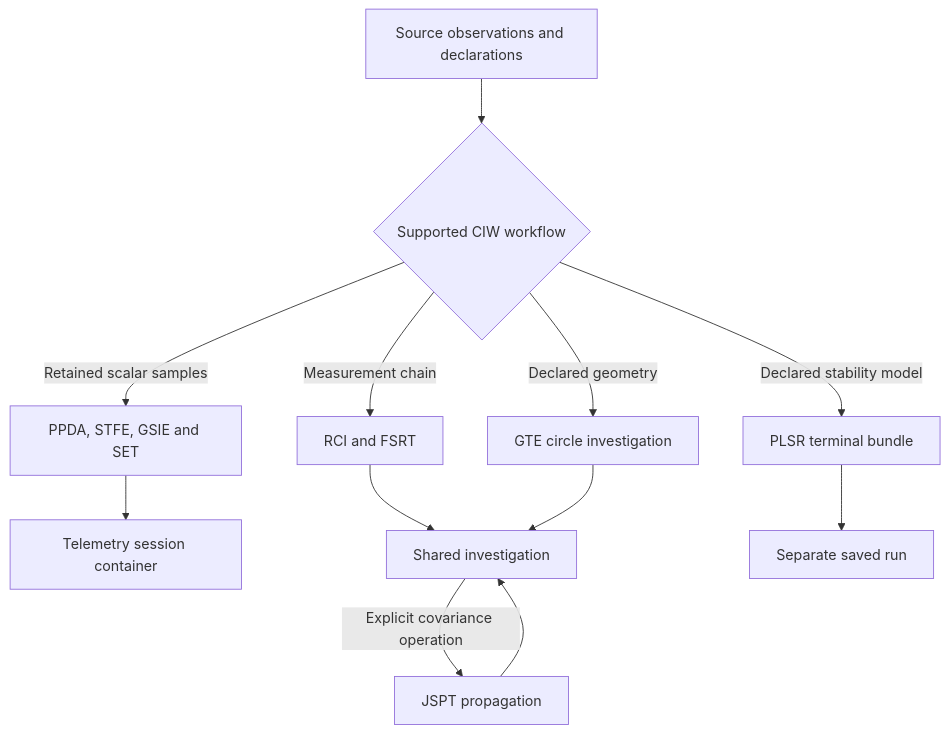
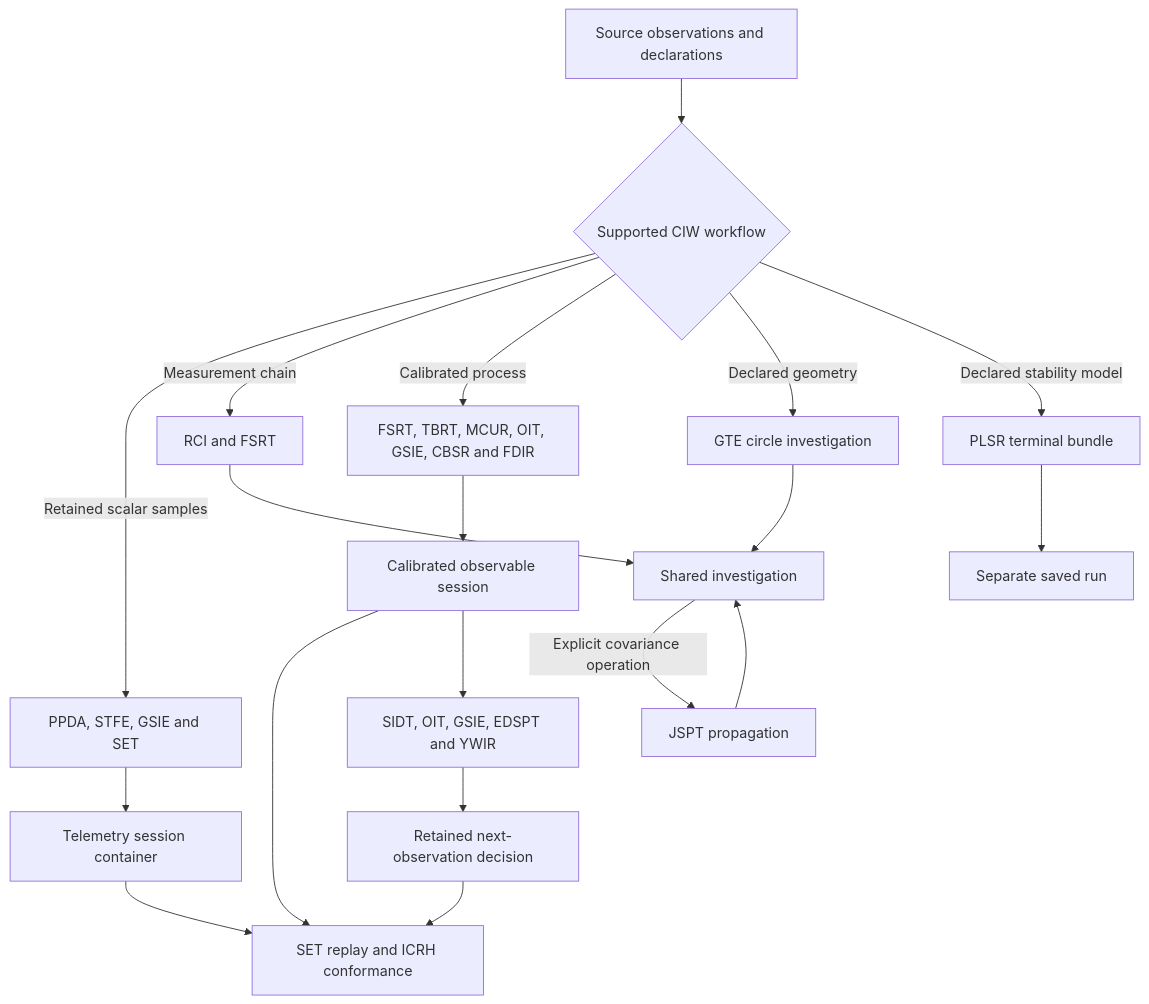
Before and after one commit to giasonpooni/Computational-Instrumentation-Workbench: the diagram in docs/STACK.md, drawn with Mermaid. The commit also changed other lines of this file and 13 other files, not shown here.

Commit message:
Integrate identified dynamics, observability and budgeted observation advice with pinned replay

````diff
--- a/docs/STACK.md
+++ b/docs/STACK.md
@@ -9,14 +9,21 @@
 ```mermaid
 flowchart TD
     Inputs["Source observations and declarations"] --> Choice{"Supported CIW workflow"}
     Choice -->|Retained scalar samples| Telemetry["PPDA, STFE, GSIE and SET"]
     Choice -->|Measurement chain| Measurement["RCI and FSRT"]
+    Choice -->|Calibrated process| Process["FSRT, TBRT, MCUR, OIT, GSIE, CBSR and FDIR"]
     Choice -->|Declared geometry| Geometry["GTE circle investigation"]
     Choice -->|Declared stability model| Stability["PLSR terminal bundle"]
     Telemetry --> Separate["Telemetry session container"]
+    Process --> Calibrated["Calibrated observable session"]
+    Calibrated --> Check["SET replay and ICRH conformance"]
+    Separate --> Check
+    Calibrated --> Decision["SIDT, OIT, GSIE, EDSPT and YWIR"]
+    Decision --> Advisory["Retained next-observation decision"]
+    Advisory --> Check
     Measurement --> Shared["Shared investigation"]
     Geometry --> Shared
     Shared -->|Explicit covariance operation| JSPT["JSPT propagation"]
     JSPT --> Shared
     Stability --> Bundle["Separate saved run"]
 ```
````
